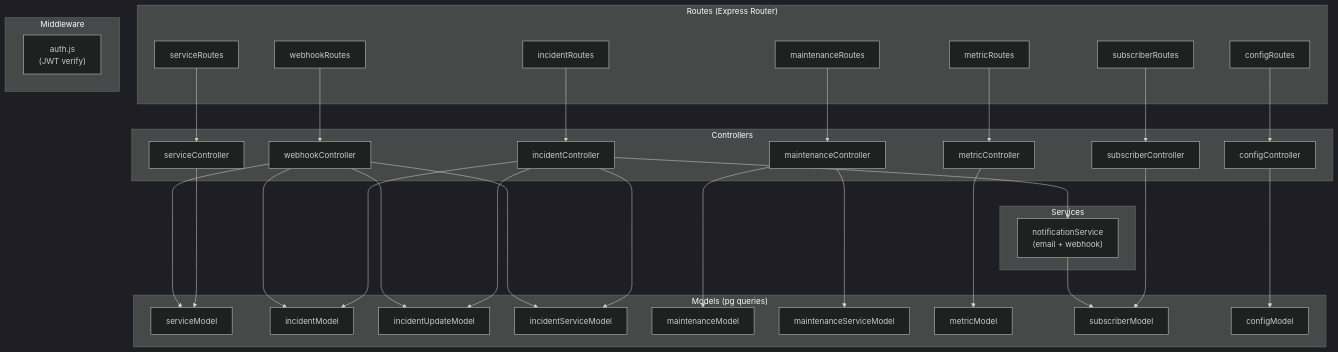
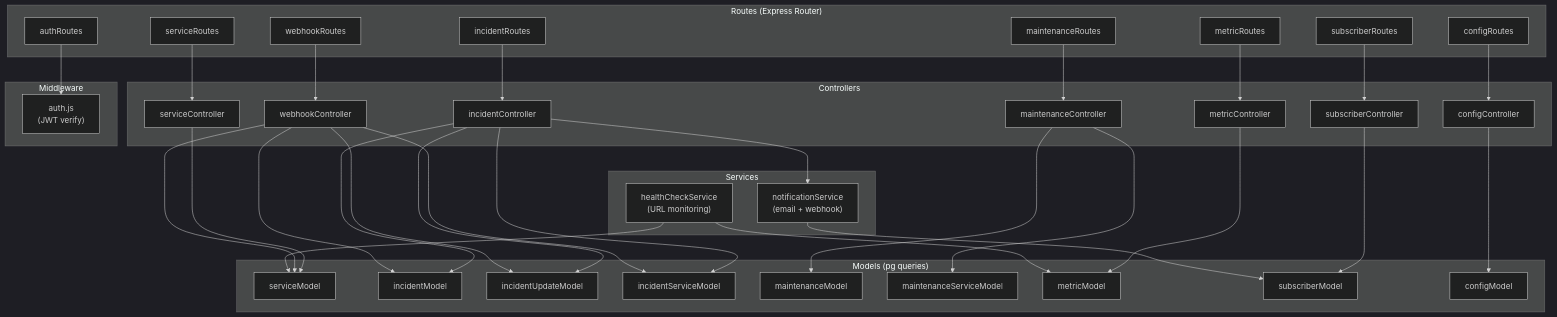
One commit to nasqueron/servpulse changed the third of 6 diagrams in docs/architecture.md. Above: the diagram before and after it, drawn with Mermaid (dark theme). The commit also changed other lines of this file and 27 other files, not shown here.

````diff
--- a/docs/architecture.md
+++ b/docs/architecture.md
@@ -86,58 +86,63 @@
 ```mermaid
 flowchart TB
     subgraph Routes["Routes (Express Router)"]
+        AR["authRoutes"]
         SR["serviceRoutes"]
         IR["incidentRoutes"]
         MR["maintenanceRoutes"]
         CR["configRoutes"]
         MTR["metricRoutes"]
         SUB["subscriberRoutes"]
         WH["webhookRoutes"]
     end
 
     subgraph Controllers["Controllers"]
         SC["serviceController"]
         IC["incidentController"]
         MC["maintenanceController"]
         CC["configController"]
         MTC["metricController"]
         SBC["subscriberController"]
         WHC["webhookController"]
     end
 
     subgraph Models["Models (pg queries)"]
         SM["serviceModel"]
         IM["incidentModel"]
         IUM["incidentUpdateModel"]
         ISM["incidentServiceModel"]
         MM["maintenanceModel"]
         MSM["maintenanceServiceModel"]
         MTM["metricModel"]
         SBM["subscriberModel"]
         CFM["configModel"]
     end
 
     subgraph Services["Services"]
+        HC["healthCheckService\n(URL monitoring)"]
         NS["notificationService\n(email + webhook)"]
     end
 
     subgraph Middleware["Middleware"]
         AUTH["auth.js\n(JWT verify)"]
     end
 
     SR --> SC --> SM
     IR --> IC --> IM
     IC --> IUM
     IC --> ISM
     IC --> NS
     MR --> MC --> MM
     MC --> MSM
     CR --> CC --> CFM
     MTR --> MTC --> MTM
     SUB --> SBC --> SBM
     WH --> WHC --> SM
     WHC --> IM
     WHC --> ISM
     WHC --> IUM
     NS --> SBM
+    HC --> SM
+    HC --> MTM
+    AR --> AUTH
 ```
````
